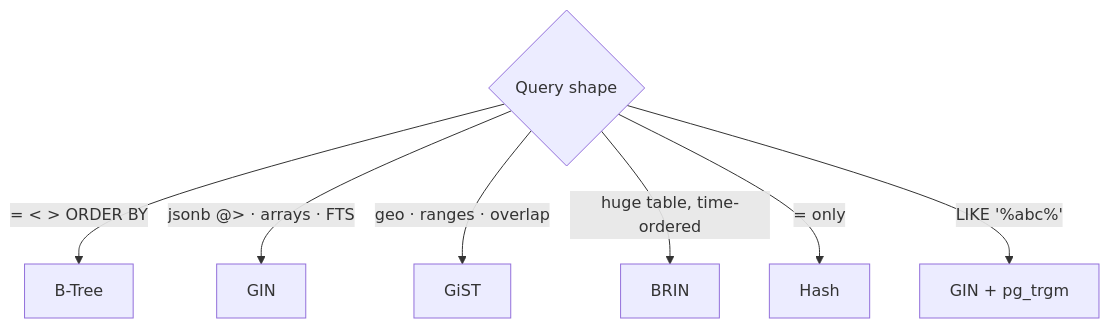
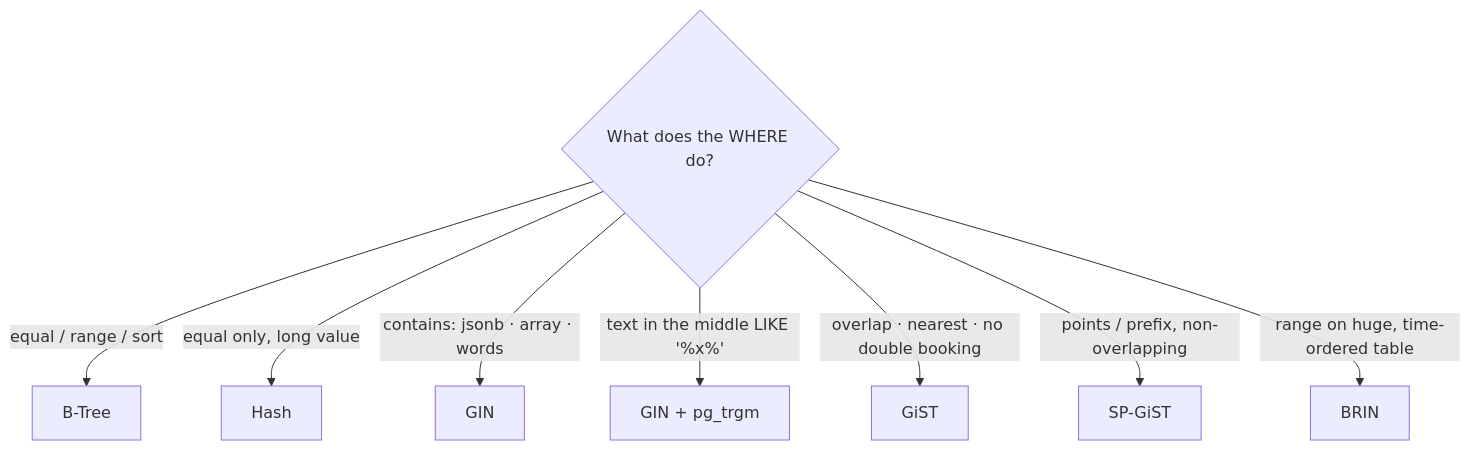
The first of 7 diagrams in Doc/05-indexes-performance/03-index-types.md (wesamkhateeb98-creator/postgresql-zero-to-hero), drawn with Mermaid before and after one commit. The commit also changed other lines of this file, not shown here.

Commit message:
Expand index types doc with per-type definitions, query cases and measurements

````diff
--- a/Doc/05-indexes-performance/03-index-types.md
+++ b/Doc/05-indexes-performance/03-index-types.md
@@ -5,9 +16,10 @@
 ```mermaid
 flowchart TD
-    Q{"Query shape"} -->|"= < > ORDER BY"| B["B-Tree"]
-    Q -->|"jsonb @> · arrays · FTS"| G["GIN"]
-    Q -->|"geo · ranges · overlap"| GS["GiST"]
-    Q -->|"huge table, time-ordered"| BR["BRIN"]
-    Q -->|"= only"| H["Hash"]
-    Q -->|"LIKE '%abc%'"| T["GIN + pg_trgm"]
+    Q{"What does the WHERE do?"} -->|"equal / range / sort"| B["B-Tree"]
+    Q -->|"equal only, long value"| H["Hash"]
+    Q -->|"contains: jsonb · array · words"| G["GIN"]
+    Q -->|"text in the middle LIKE '%x%'"| T["GIN + pg_trgm"]
+    Q -->|"overlap · nearest · no double booking"| GS["GiST"]
+    Q -->|"points / prefix, non-overlapping"| SP["SP-GiST"]
+    Q -->|"range on huge, time-ordered table"| BR["BRIN"]
 ```
````
